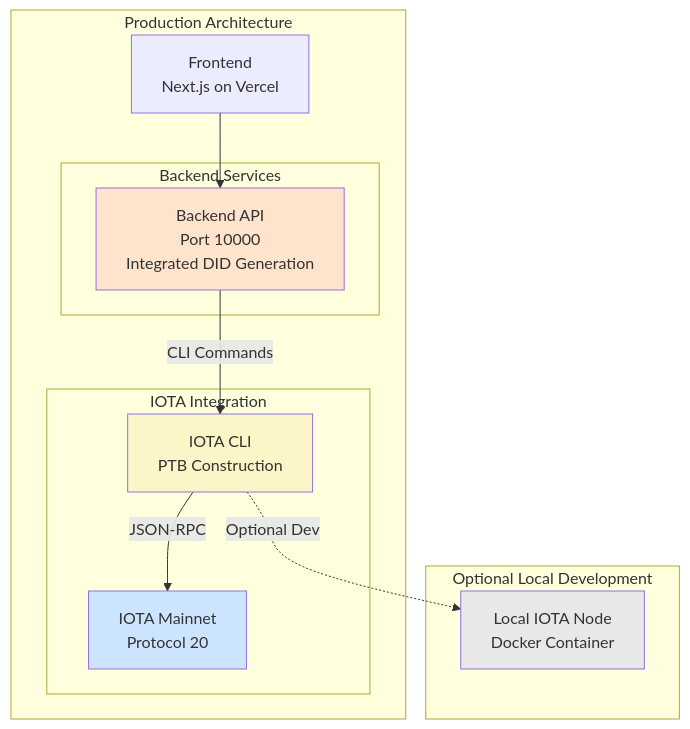
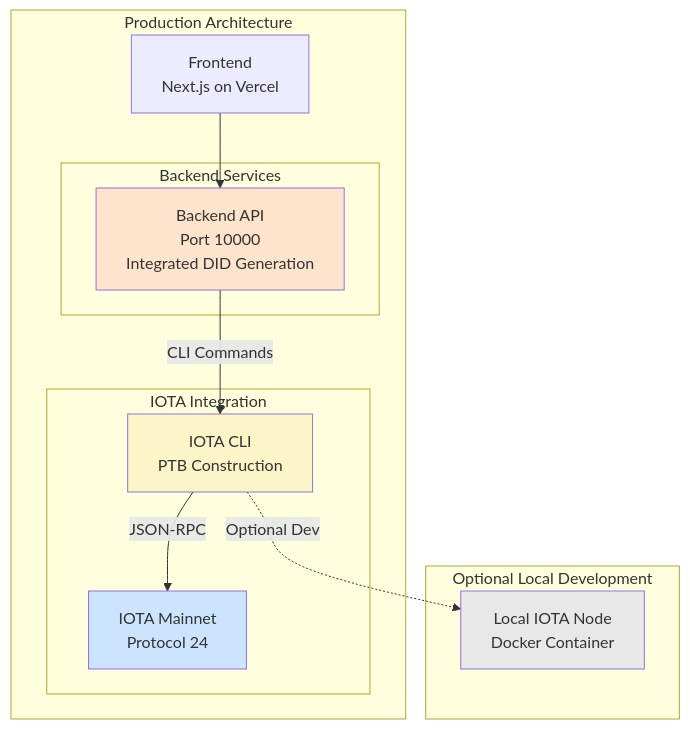
One commit to theweboftrust/wot.id-public-docs changed the diagram in 03_IOTA_Node_And_Network.md. Above: the diagram before and after it, drawn with Mermaid. The commit also changed other lines of this file, not shown here.

````diff
--- a/03_IOTA_Node_And_Network.md
+++ b/03_IOTA_Node_And_Network.md
@@ -149,29 +149,29 @@
 ```mermaid
 graph TD
     subgraph "Production Architecture"
         Frontend[Frontend<br/>Next.js on Vercel]
 
         subgraph "Backend Services"
             Backend[Backend API<br/>Port 10000<br/>Integrated DID Generation]
         end
 
         subgraph "IOTA Integration"
             IOTA_CLI[IOTA CLI<br/>PTB Construction]
-            Mainnet[IOTA Mainnet<br/>Protocol 20]
+            Mainnet[IOTA Mainnet<br/>Protocol 24]
         end
     end
 
     subgraph "Optional Local Development"
         IOTA_Local[Local IOTA Node<br/>Docker Container]
     end
 
     Frontend --> Backend
     Backend -- "CLI Commands" --> IOTA_CLI
     IOTA_CLI -- "JSON-RPC" --> Mainnet
     IOTA_CLI -. "Optional Dev" .-> IOTA_Local
 
     style Mainnet fill:#cde4ff
     style Backend fill:#ffe4cd
     style IOTA_CLI fill:#fcf5c7
     style IOTA_Local fill:#e8e8e8
 ```
````
